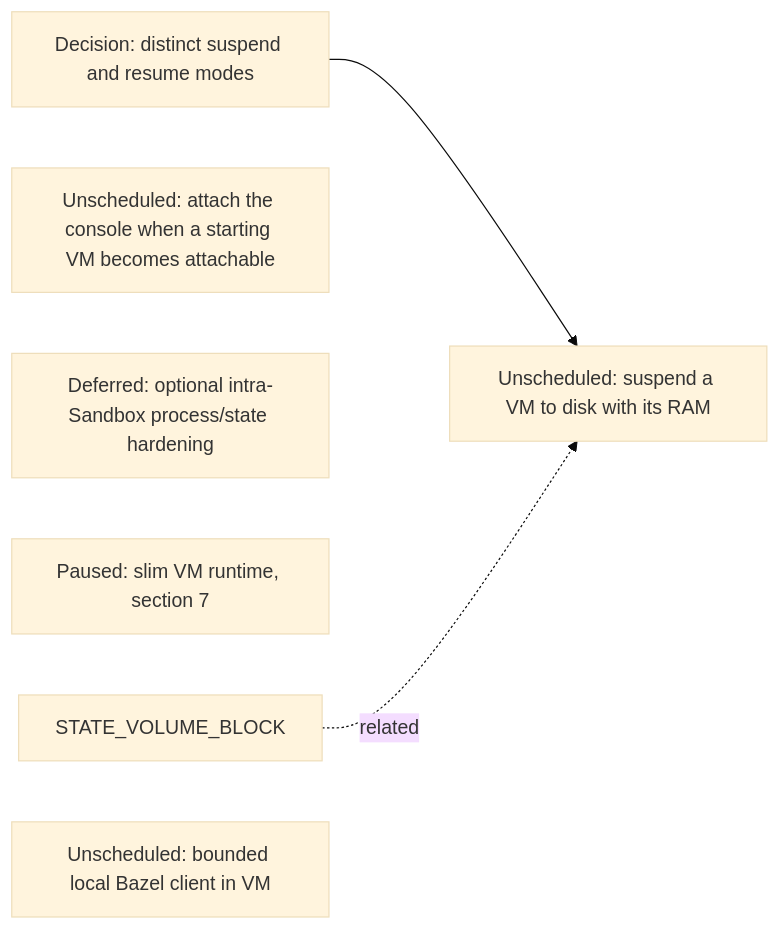
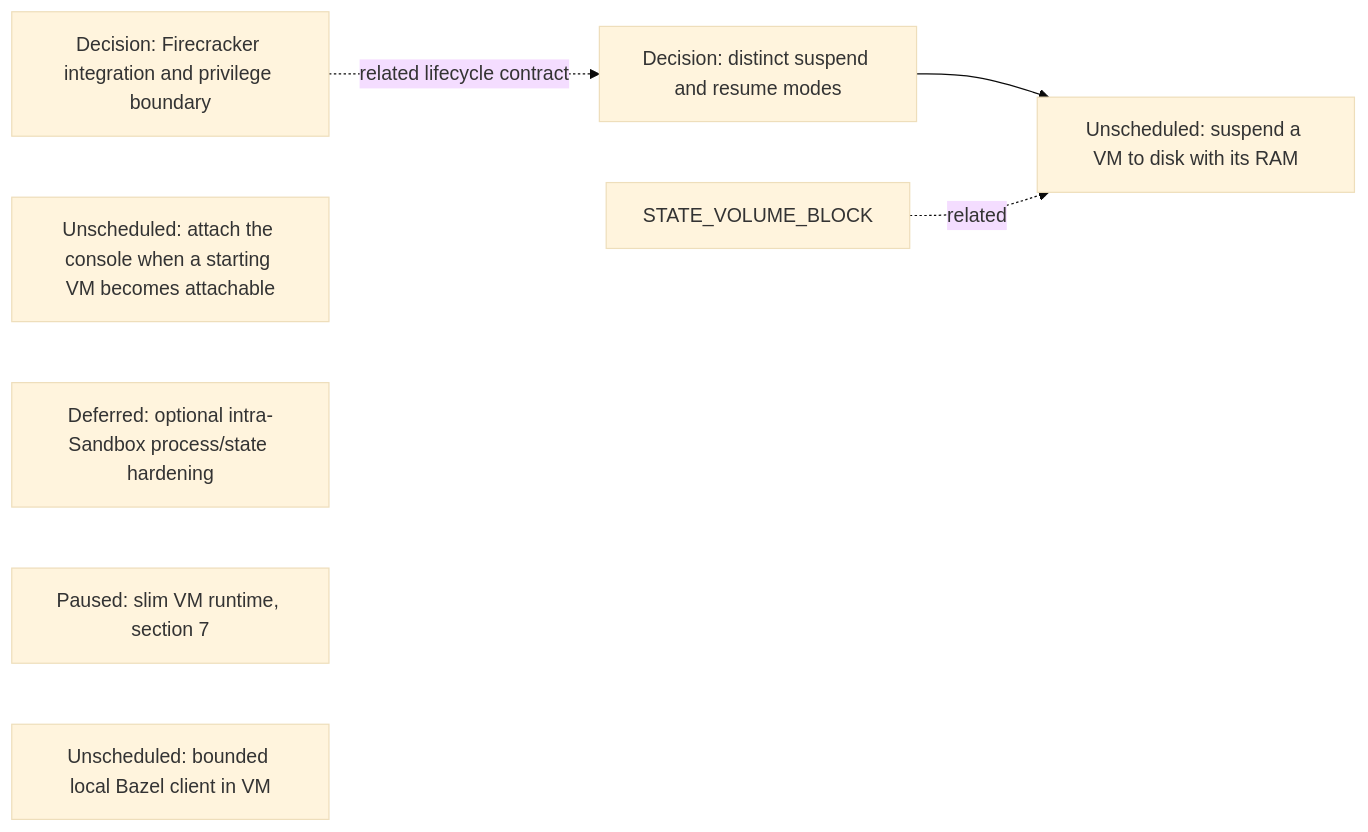
The sixth of 18 diagrams in agentplane/plans/task_dag.md (agentydragon/ducktape), drawn with Mermaid (base theme) before and after one commit. The commit also changed other lines of this file, not shown here.

Commit message:
Track Firecracker integration decision

````diff
--- a/agentplane/plans/task_dag.md
+++ b/agentplane/plans/task_dag.md
@@ -962,11 +962,13 @@
 ```mermaid
 flowchart LR
     ENVIRONMENT_SUSPEND_MODES_DESIGN[Decision: distinct suspend and resume modes]
+    FIRECRACKER_INTEGRATION_DESIGN[Decision: Firecracker integration and privilege boundary]
+    FIRECRACKER_INTEGRATION_DESIGN -. related lifecycle contract .-> ENVIRONMENT_SUSPEND_MODES_DESIGN
     VM_RAM_SUSPEND[Unscheduled: suspend a VM to disk with its RAM]
     ENVIRONMENT_SUSPEND_MODES_DESIGN --> VM_RAM_SUSPEND
     VM_CONSOLE_DEFERRED_ATTACH[Unscheduled: attach the console when a starting VM becomes attachable]
     VM_INTRA_SANDBOX_HARDENING[Deferred: optional intra-Sandbox process/state hardening]
     RUNNER_LAYERING_VM[Paused: slim VM runtime, section 7]
     STATE_VOLUME_BLOCK -. related .-> VM_RAM_SUSPEND
     LOCAL_BAZEL[Unscheduled: bounded local Bazel client in VM]
 ```
````
